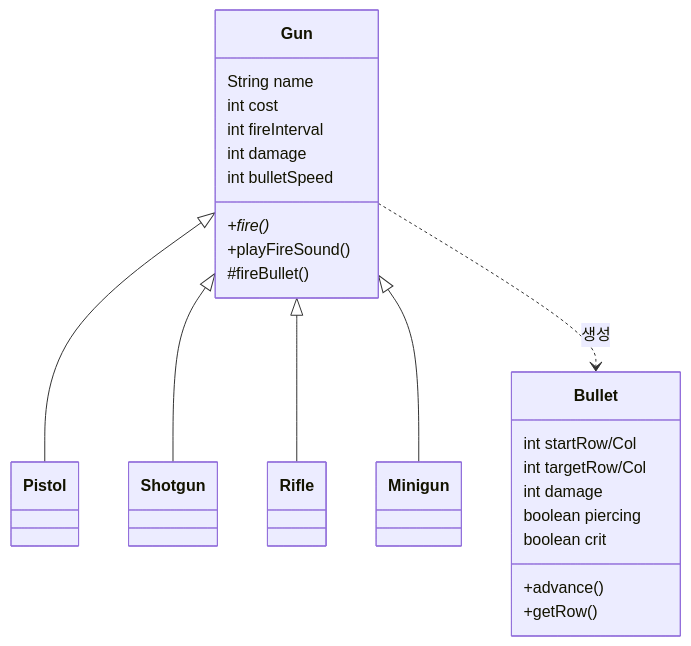
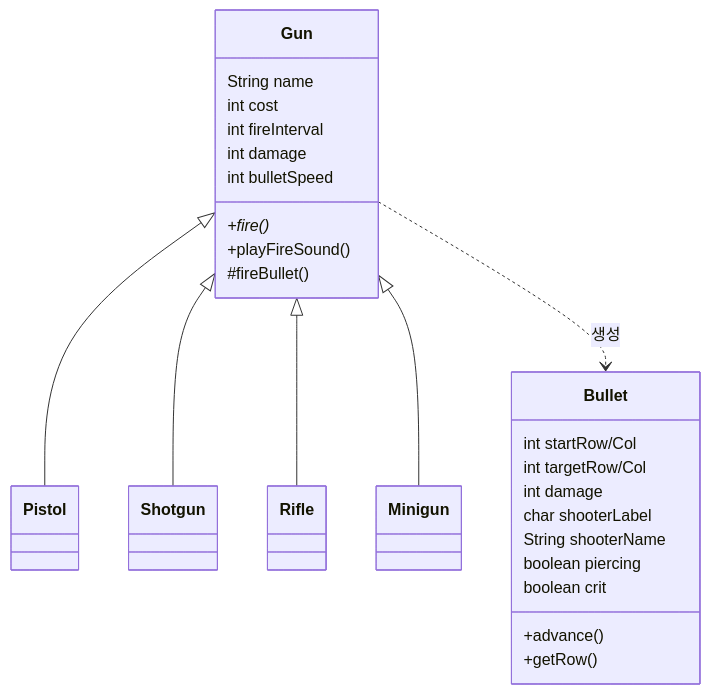
One commit to weweweme/teamnova_basic_class changed the fifth of 12 diagrams in week6/CLAUDE.md. Above: the diagram before and after it, drawn with Mermaid. The commit also changed other lines of this file and 7 other files, not shown here.

````diff
--- a/week6/CLAUDE.md
+++ b/week6/CLAUDE.md
@@ -280,28 +280,30 @@
 ```mermaid
 classDiagram
     Gun <|-- Pistol
     Gun <|-- Shotgun
     Gun <|-- Rifle
     Gun <|-- Minigun
     Gun ..> Bullet : 생성
 
     class Gun {
         String name
         int cost
         int fireInterval
         int damage
         int bulletSpeed
         +fire()*
         +playFireSound()
         #fireBullet()
     }
     class Bullet {
         int startRow/Col
         int targetRow/Col
         int damage
+        char shooterLabel
+        String shooterName
         boolean piercing
         boolean crit
         +advance()
         +getRow()
     }
 ```
````
